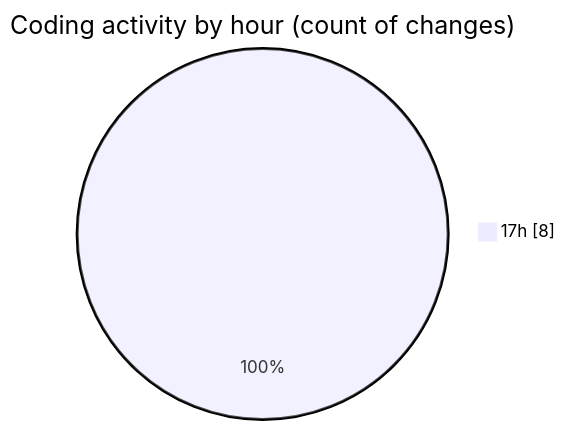
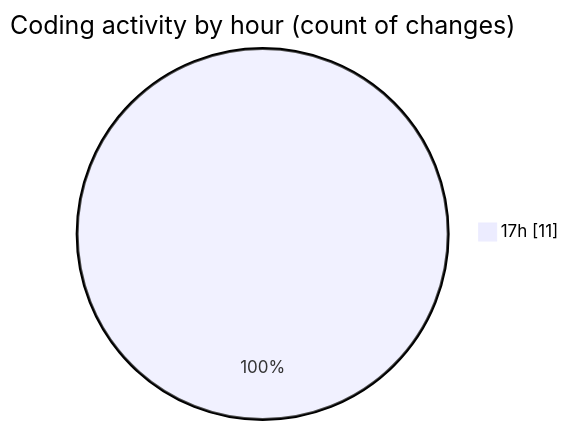
The second of 2 diagrams in 2025-12-21/technologie_web/README.md (hasnaa123/code-tracking), drawn with Mermaid before and after one commit. The commit also changed other lines of this file and 1 other file, not shown here.

````diff
--- a/2025-12-21/technologie_web/README.md
+++ b/2025-12-21/technologie_web/README.md
@@ -30,5 +30,5 @@
 ```mermaid
 pie showData
 title Coding activity by hour (count of changes)
-"17h" : 8
+"17h" : 11
 ```
````
